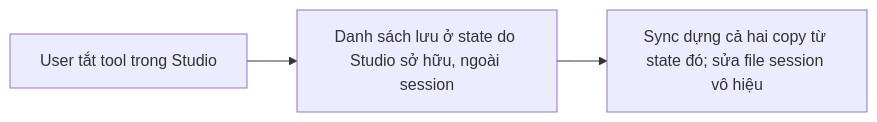
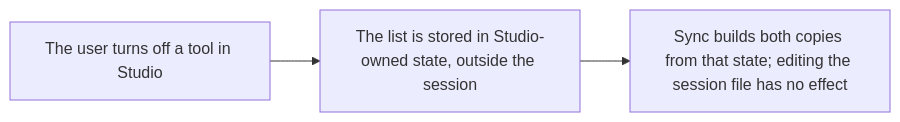
The diagram in plans/specs/v0.7-effects-export/us/US-06.md (jangtrinh/design-os-studio), drawn with Mermaid before and after one commit. The commit also changed other lines of this file and 38 other files, not shown here.

````diff
--- a/plans/specs/v0.7-effects-export/us/US-06.md
+++ b/plans/specs/v0.7-effects-export/us/US-06.md
@@ -38,5 +38,5 @@
 ```mermaid
 flowchart LR
-  A["User tắt tool trong Studio"] --> B["Danh sách lưu ở state do Studio sở hữu, ngoài session"]
-  B --> C["Sync dựng cả hai copy từ state đó; sửa file session vô hiệu"]
+  A["The user turns off a tool in Studio"] --> B["The list is stored in Studio-owned state, outside the session"]
+  B --> C["Sync builds both copies from that state; editing the session file has no effect"]
 ```
````
